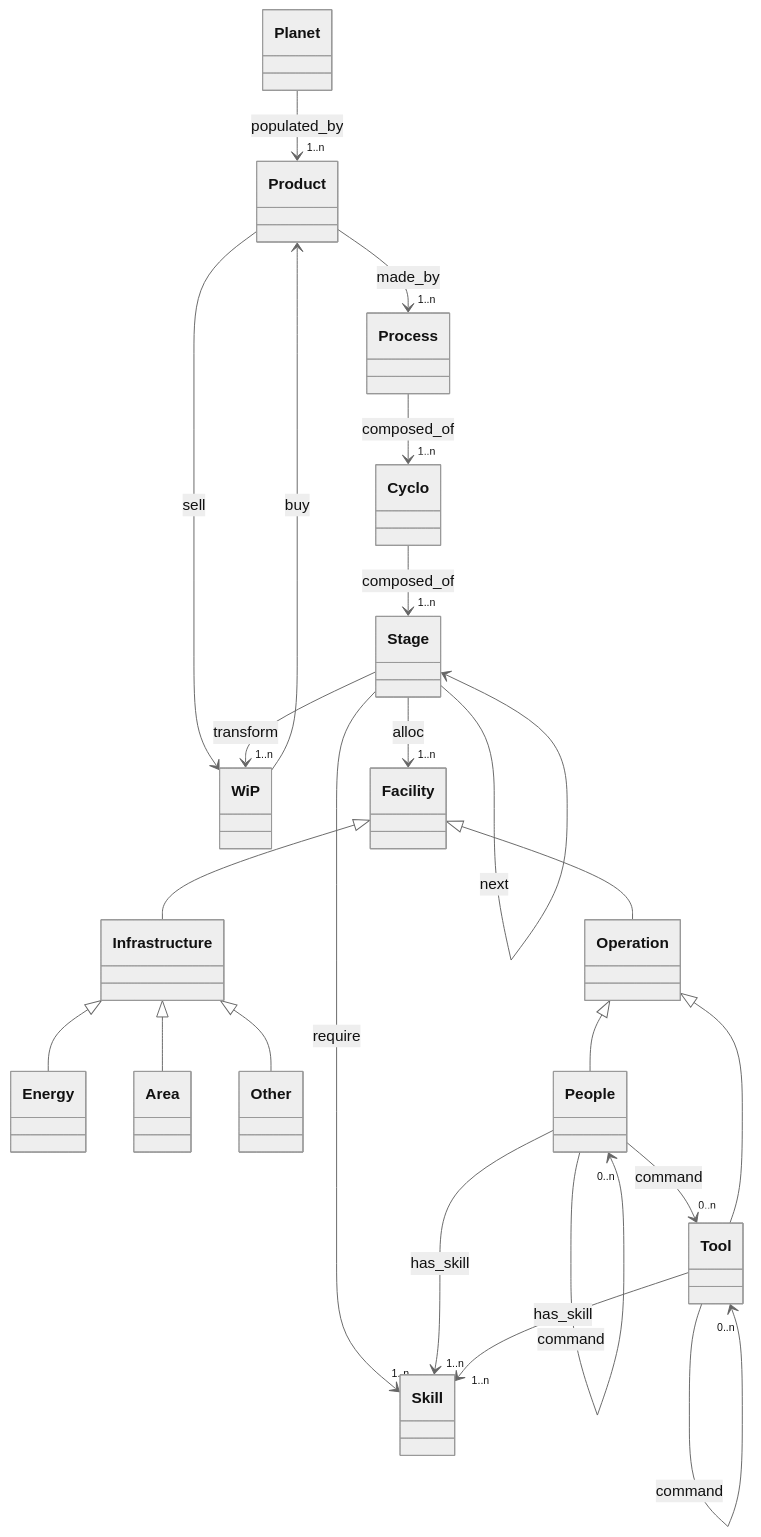
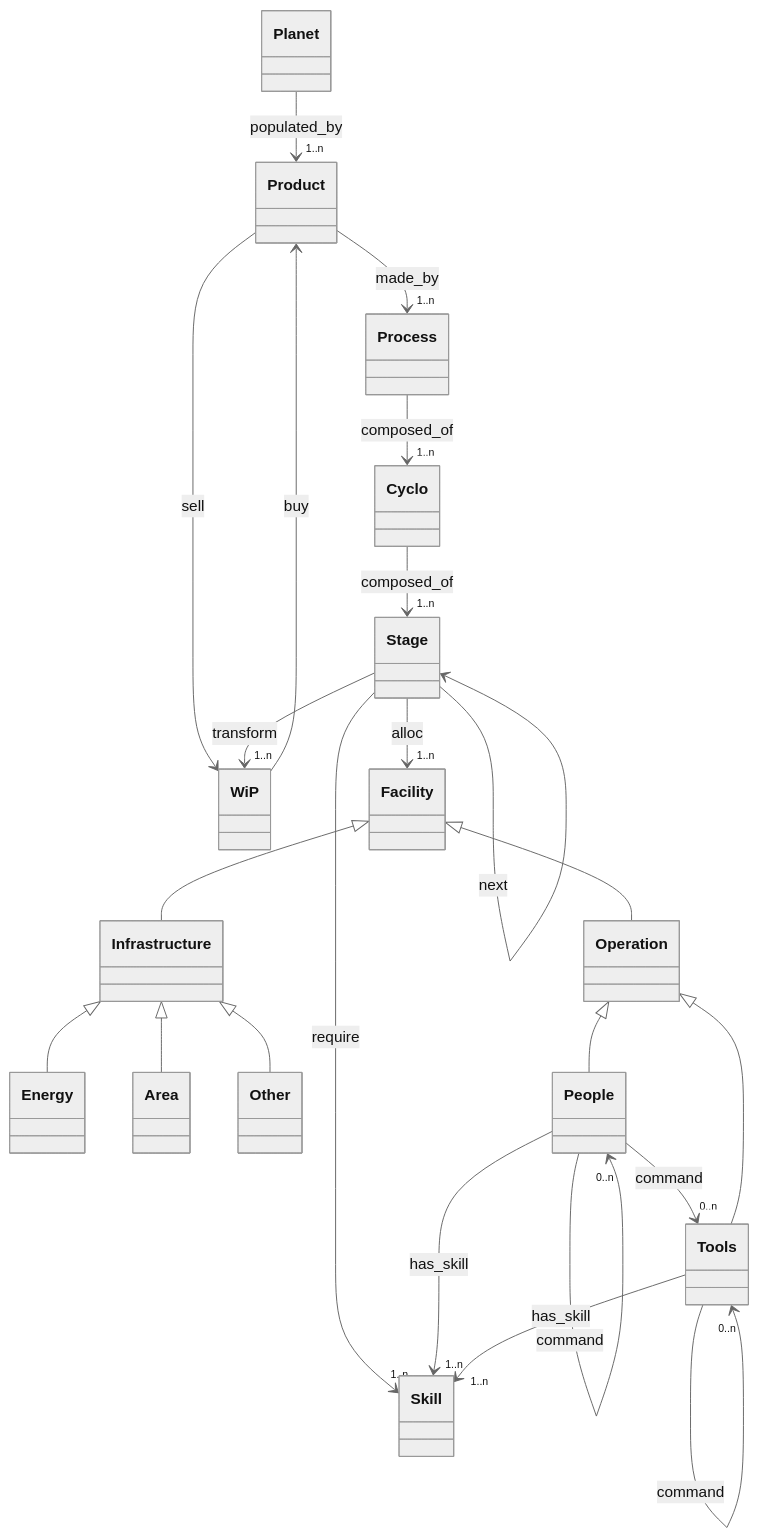
One commit to bampli/specs changed the diagram in content/docs/cyclo/model.md. Above: the diagram before and after it, drawn with Mermaid (neutral theme).

Commit message:
fine tune model

```diff
--- a/content/docs/cyclo/model.md
+++ b/content/docs/cyclo/model.md
@@ -27,25 +27,25 @@
 {{< mermaid >}}
 classDiagram
     Planet --> "1..n" Product : populated_by
     Product --> "1..n" Process : made_by
     Stage --> "1..n" Skill : require
     Product --> WiP : sell
     Process --> "1..n" Cyclo : composed_of
     Cyclo --> "1..n" Stage : composed_of
     Stage --> "1..n" Facility : alloc
     Stage --> Stage : next
     Stage --> "1..n" WiP : transform
     WiP --> Product : buy
     Infrastructure <|-- Energy
     Infrastructure <|-- Area
     Infrastructure <|-- Other
     People --> "1..n" Skill : has_skill
     People --> "0..n" People : command
-    People --> "0..n" Tool : command
-    Tool --> "0..n" Tool : command
-    Tool --> "1..n" Skill : has_skill
+    People --> "0..n" Tools : command
+    Tools --> "0..n" Tools : command
+    Tools --> "1..n" Skill : has_skill
     Facility <|-- Operation
     Facility <|-- Infrastructure
     Operation <|-- People
-    Operation <|-- Tool
+    Operation <|-- Tools
 {{< /mermaid >}}
```
